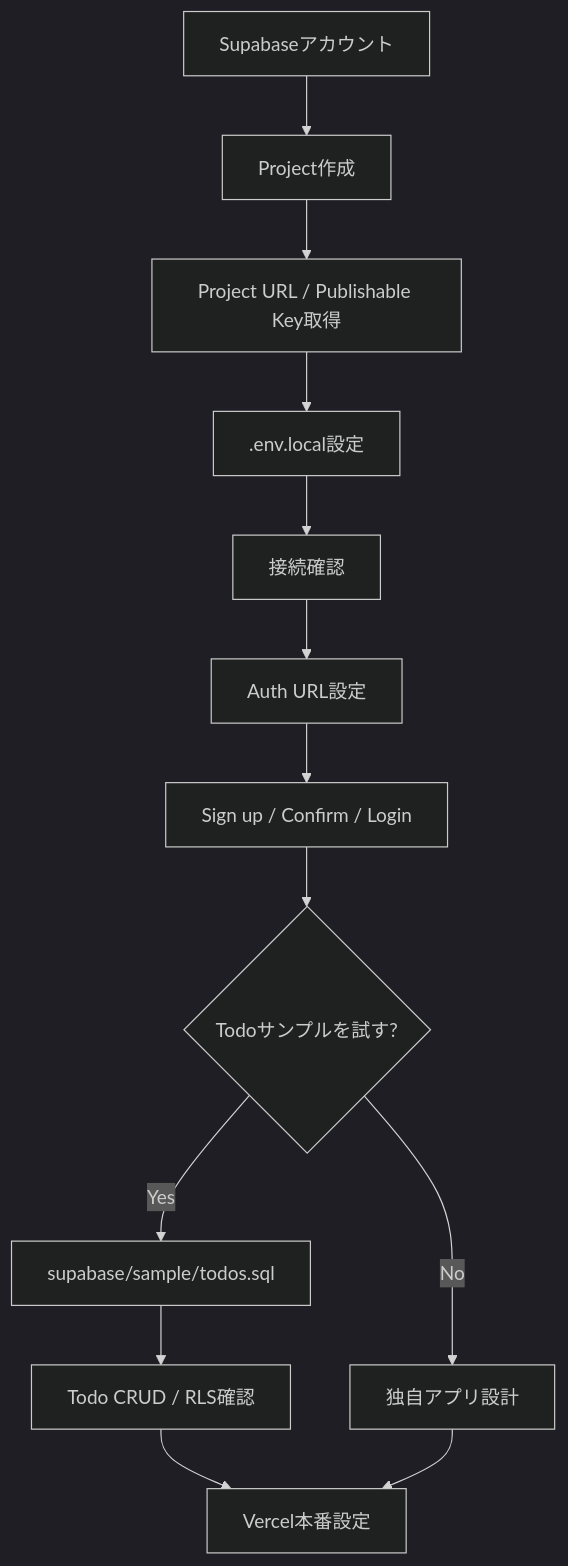
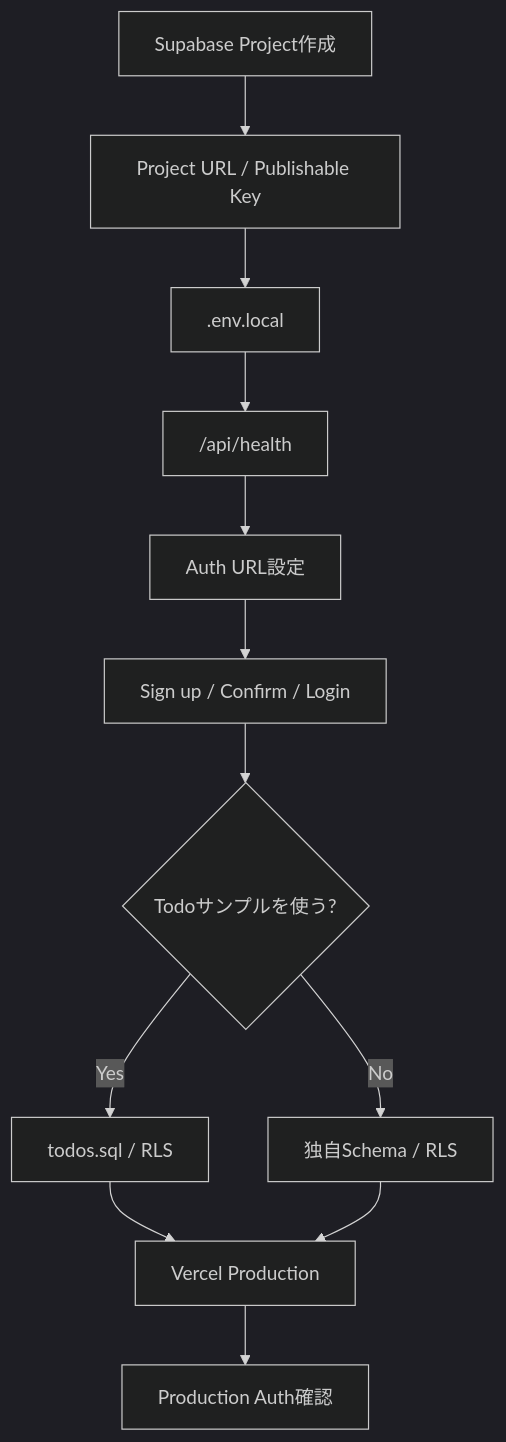
Before and after one commit to k-systems202208/nextjs-supabase-vercel-webapp-template: the first of 4 diagrams in docs/SUPABASE-SETUP.md, drawn with Mermaid (dark theme). The commit also changed other lines of this file and 8 other files, not shown here.

````diff
--- a/docs/SUPABASE-SETUP.md
+++ b/docs/SUPABASE-SETUP.md
@@ -9,15 +11,14 @@
 ```mermaid
 flowchart TD
-    A["Supabaseアカウント"] --> B["Project作成"]
-    B --> C["Project URL / Publishable Key取得"]
-    C --> D[".env.local設定"]
-    D --> E["接続確認"]
-    E --> F["Auth URL設定"]
-    F --> G["Sign up / Confirm / Login"]
-    G --> H{"Todoサンプルを試す?"}
-    H -->|Yes| I["supabase/sample/todos.sql"]
-    I --> J["Todo CRUD / RLS確認"]
-    H -->|No| K["独自アプリ設計"]
-    J --> L["Vercel本番設定"]
-    K --> L
+    A["Supabase Project作成"] --> B["Project URL / Publishable Key"]
+    B --> C[".env.local"]
+    C --> D["/api/health"]
+    D --> E["Auth URL設定"]
+    E --> F["Sign up / Confirm / Login"]
+    F --> G{"Todoサンプルを使う?"}
+    G -->|Yes| H["todos.sql / RLS"]
+    G -->|No| I["独自Schema / RLS"]
+    H --> J["Vercel Production"]
+    I --> J
+    J --> K["Production Auth確認"]
 ```
````
